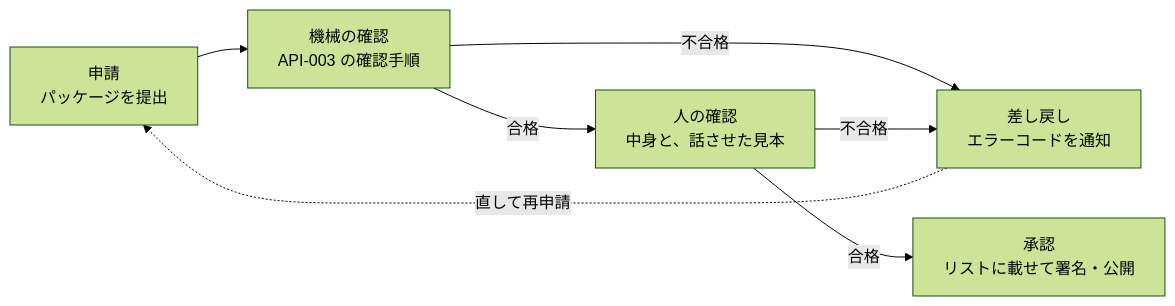
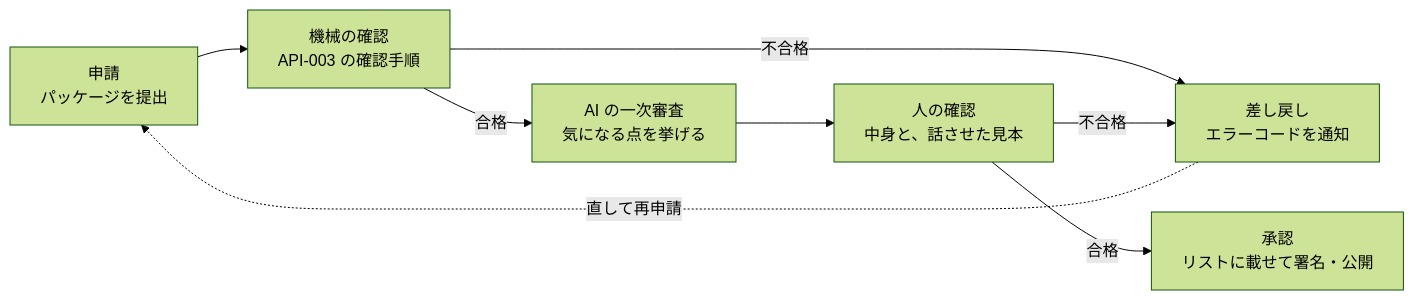
One commit to duwenji/yorisoi-platform changed the diagram in docs/channel-review-policy.md. Above: the diagram before and after it, drawn with Mermaid (forest theme). The commit also changed other lines of this file and 9 other files, not shown here.

````diff
--- a/docs/channel-review-policy.md
+++ b/docs/channel-review-policy.md
@@ -14,9 +16,10 @@
 ```mermaid
 flowchart LR
     A["申請<br/>パッケージを提出"] --> B["機械の確認<br/>API-003 の確認手順"]
     B -- 不合格 --> R["差し戻し<br/>エラーコードを通知"]
-    B -- 合格 --> C["人の確認<br/>中身と、話させた見本"]
+    B -- 合格 --> AI["AI の一次審査<br/>気になる点を挙げる"]
+    AI --> C["人の確認<br/>中身と、話させた見本"]
     C -- 不合格 --> R
     C -- 合格 --> D["承認<br/>リストに載せて署名・公開"]
     R -. 直して再申請 .-> A
 ```
````
